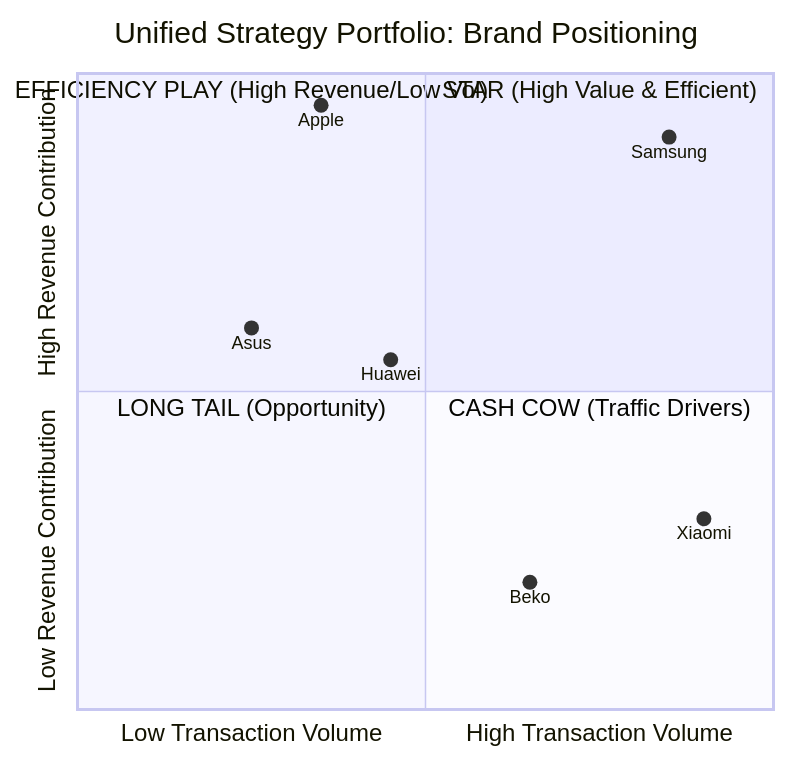
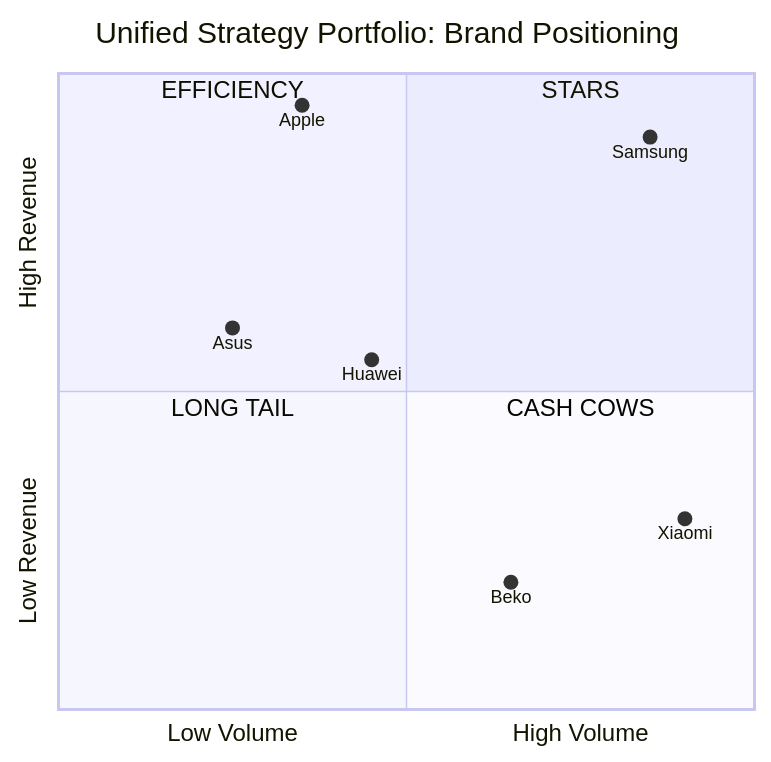
Before and after one commit to Ozioma-Chinyere/Transactions: the diagram in readme.MD, drawn with Mermaid.

Commit message:
Adjust labels in the quadrantchart

````diff
--- a/readme.MD
+++ b/readme.MD
@@ -69,16 +69,16 @@
 ```mermaid
 quadrantChart
     title Unified Strategy Portfolio: Brand Positioning
-    x-axis "Low Transaction Volume" --> "High Transaction Volume"
-    y-axis "Low Revenue Contribution" --> "High Revenue Contribution"
-    quadrant-1 "STAR (High Value & Efficient)"
-    quadrant-2 "EFFICIENCY PLAY (High Revenue/Low Vol)"
-    quadrant-3 "LONG TAIL (Opportunity)"
-    quadrant-4 "CASH COW (Traffic Drivers)"
+    x-axis "Low Volume" --> "High Volume"
+    y-axis "Low Revenue" --> "High Revenue"
+    quadrant-1 "STARS"
+    quadrant-2 "EFFICIENCY"
+    quadrant-3 "LONG TAIL"
+    quadrant-4 "CASH COWS"
     "Samsung": [0.85, 0.90]
     "Apple": [0.35, 0.95]
     "Xiaomi": [0.90, 0.30]
     "Huawei": [0.45, 0.55]
     "Asus": [0.25, 0.60]
     "Beko": [0.65, 0.20]
 ```
````
